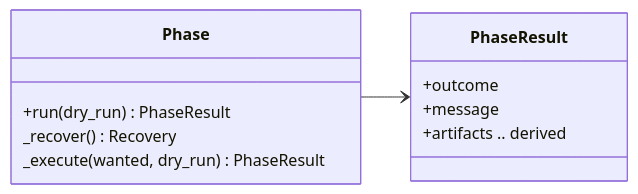
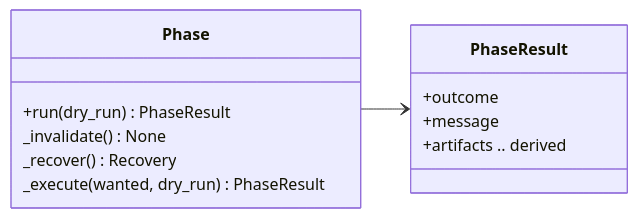
One commit to CHerSun/pyqenc changed the third of 6 diagrams in docs/architecture.md. Above: the diagram before and after it, drawn with Mermaid. The commit also changed other lines of this file and 5 other files, not shown here.

````diff
--- a/docs/architecture.md
+++ b/docs/architecture.md
@@ -114,15 +116,16 @@
 ```mermaid
 classDiagram
     direction LR
     class Phase {
         +run(dry_run) PhaseResult
+        _invalidate() None
         _recover() Recovery
         _execute(wanted, dry_run) PhaseResult
     }
     class PhaseResult {
         +outcome
         +message
         +artifacts .. derived
     }
     Phase --> PhaseResult
 ```
````
